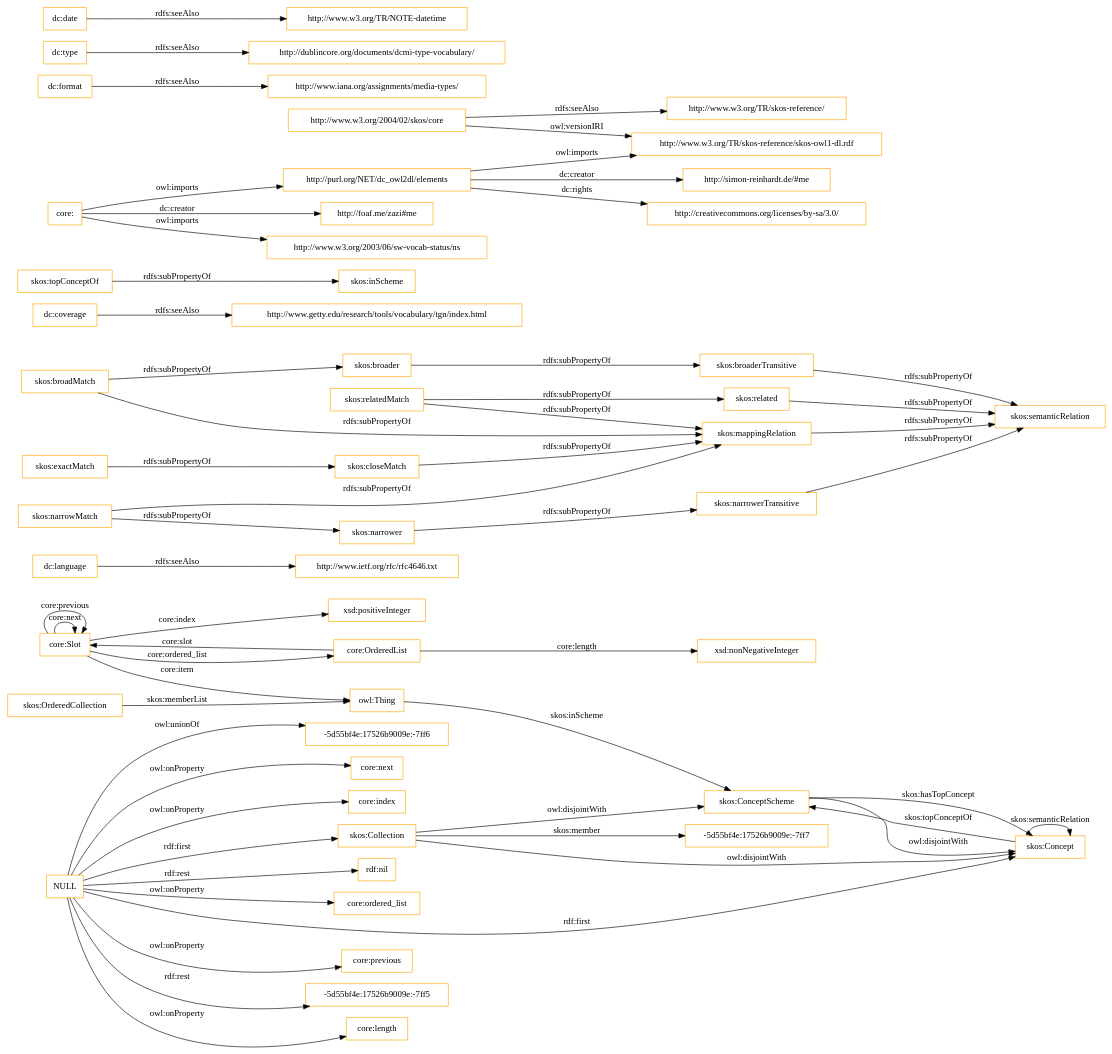
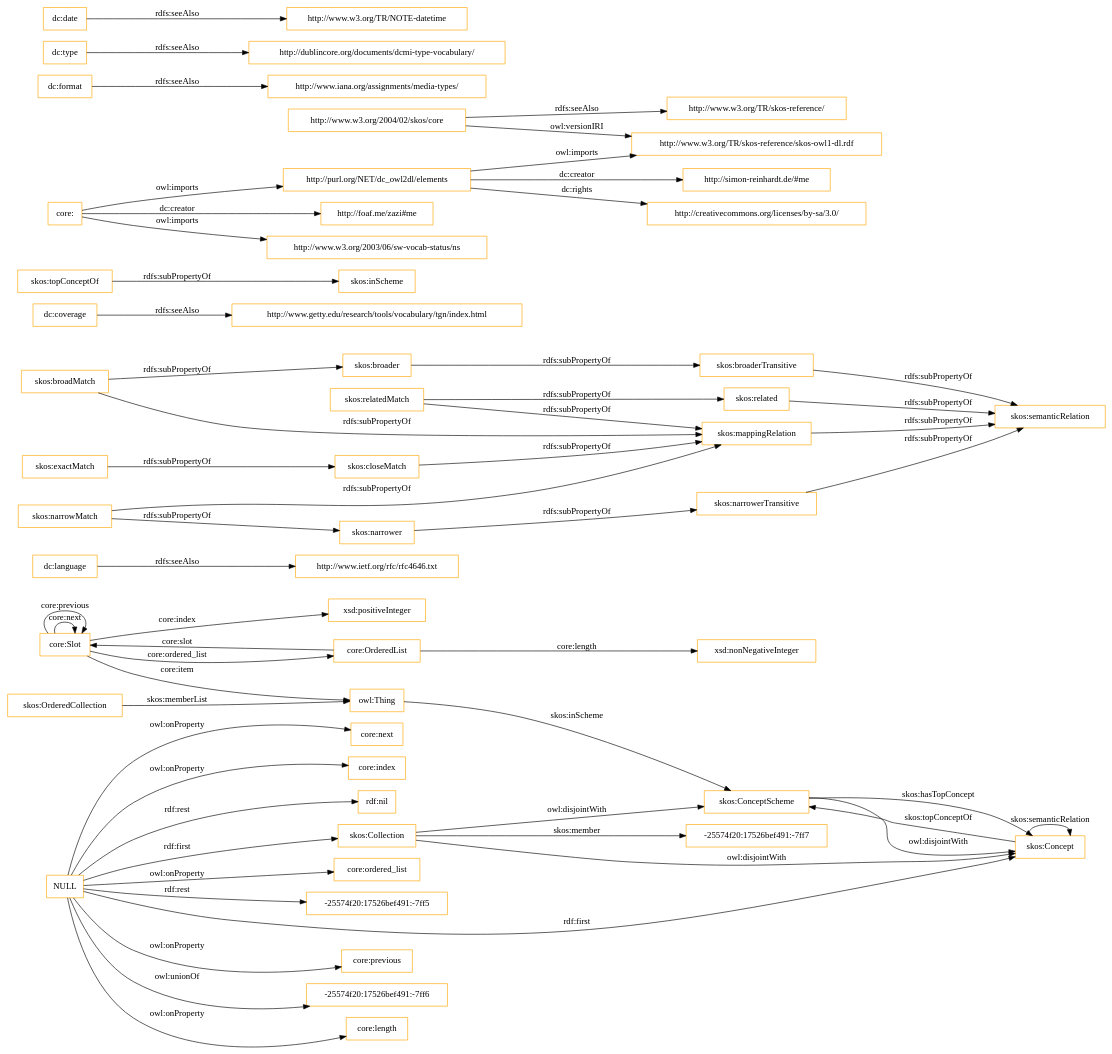
The diagram in OnToology/imports/core.owl/diagrams/ar2dtool-class/core.owl.png.dot (OnToologyUser/core-ontology-1), drawn with Graphviz before and after one commit. The commit also changed 14 other files, not shown here.

```diff
--- a/OnToology/imports/core.owl/diagrams/ar2dtool-class/core.owl.png.dot
+++ b/OnToology/imports/core.owl/diagrams/ar2dtool-class/core.owl.png.dot
@@ -1,60 +1,60 @@
 digraph ar2dtool_diagram { 
 rankdir=LR;
 size="1501"
-node [shape = rectangle, color="orange"]; "core:Slot" "core:OrderedList" "-5d55bf4e:17526b9009e:-7ff7" "skos:OrderedCollection" "skos:Collection" "skos:ConceptScheme" "skos:Concept" ; /*classes style*/
+node [shape = rectangle, color="orange"]; "core:Slot" "core:OrderedList" "-25574f20:17526bef491:-7ff7" "skos:OrderedCollection" "skos:Collection" "skos:ConceptScheme" "skos:Concept" ; /*classes style*/
 	"dc:language" -> "http://www.ietf.org/rfc/rfc4646.txt" [ label = "rdfs:seeAlso" ];
 	"NULL" -> "core:previous" [ label = "owl:onProperty" ];
-	"NULL" -> "-5d55bf4e:17526b9009e:-7ff5" [ label = "rdf:rest" ];
+	"NULL" -> "-25574f20:17526bef491:-7ff6" [ label = "owl:unionOf" ];
 	"NULL" -> "core:length" [ label = "owl:onProperty" ];
 	"NULL" -> "skos:Concept" [ label = "rdf:first" ];
-	"NULL" -> "-5d55bf4e:17526b9009e:-7ff6" [ label = "owl:unionOf" ];
 	"NULL" -> "core:next" [ label = "owl:onProperty" ];
 	"NULL" -> "core:index" [ label = "owl:onProperty" ];
 	"NULL" -> "rdf:nil" [ label = "rdf:rest" ];
 	"NULL" -> "core:ordered_list" [ label = "owl:onProperty" ];
+	"NULL" -> "-25574f20:17526bef491:-7ff5" [ label = "rdf:rest" ];
 	"NULL" -> "skos:Collection" [ label = "rdf:first" ];
 	"skos:closeMatch" -> "skos:mappingRelation" [ label = "rdfs:subPropertyOf" ];
 	"dc:coverage" -> "http://www.getty.edu/research/tools/vocabulary/tgn/index.html" [ label = "rdfs:seeAlso" ];
 	"skos:relatedMatch" -> "skos:related" [ label = "rdfs:subPropertyOf" ];
 	"skos:relatedMatch" -> "skos:mappingRelation" [ label = "rdfs:subPropertyOf" ];
 	"skos:ConceptScheme" -> "skos:Concept" [ label = "owl:disjointWith" ];
 	"skos:related" -> "skos:semanticRelation" [ label = "rdfs:subPropertyOf" ];
 	"skos:topConceptOf" -> "skos:inScheme" [ label = "rdfs:subPropertyOf" ];
 	"skos:broadMatch" -> "skos:broader" [ label = "rdfs:subPropertyOf" ];
 	"skos:broadMatch" -> "skos:mappingRelation" [ label = "rdfs:subPropertyOf" ];
 	"http://purl.org/NET/dc_owl2dl/elements" -> "http://www.w3.org/TR/skos-reference/skos-owl1-dl.rdf" [ label = "owl:imports" ];
 	"http://purl.org/NET/dc_owl2dl/elements" -> "http://creativecommons.org/licenses/by-sa/3.0/" [ label = "dc:rights" ];
 	"http://purl.org/NET/dc_owl2dl/elements" -> "http://simon-reinhardt.de/#me" [ label = "dc:creator" ];
 	"skos:exactMatch" -> "skos:closeMatch" [ label = "rdfs:subPropertyOf" ];
 	"dc:format" -> "http://www.iana.org/assignments/media-types/" [ label = "rdfs:seeAlso" ];
 	"core:" -> "http://foaf.me/zazi#me" [ label = "dc:creator" ];
 	"core:" -> "http://www.w3.org/2003/06/sw-vocab-status/ns" [ label = "owl:imports" ];
 	"core:" -> "http://purl.org/NET/dc_owl2dl/elements" [ label = "owl:imports" ];
 	"skos:broaderTransitive" -> "skos:semanticRelation" [ label = "rdfs:subPropertyOf" ];
 	"skos:mappingRelation" -> "skos:semanticRelation" [ label = "rdfs:subPropertyOf" ];
 	"skos:broader" -> "skos:broaderTransitive" [ label = "rdfs:subPropertyOf" ];
 	"dc:type" -> "http://dublincore.org/documents/dcmi-type-vocabulary/" [ label = "rdfs:seeAlso" ];
 	"http://www.w3.org/2004/02/skos/core" -> "http://www.w3.org/TR/skos-reference/skos-owl1-dl.rdf" [ label = "owl:versionIRI" ];
 	"http://www.w3.org/2004/02/skos/core" -> "http://www.w3.org/TR/skos-reference/" [ label = "rdfs:seeAlso" ];
 	"skos:Collection" -> "skos:ConceptScheme" [ label = "owl:disjointWith" ];
 	"skos:Collection" -> "skos:Concept" [ label = "owl:disjointWith" ];
 	"skos:narrowMatch" -> "skos:narrower" [ label = "rdfs:subPropertyOf" ];
 	"skos:narrowMatch" -> "skos:mappingRelation" [ label = "rdfs:subPropertyOf" ];
 	"skos:narrower" -> "skos:narrowerTransitive" [ label = "rdfs:subPropertyOf" ];
 	"dc:date" -> "http://www.w3.org/TR/NOTE-datetime" [ label = "rdfs:seeAlso" ];
 	"skos:narrowerTransitive" -> "skos:semanticRelation" [ label = "rdfs:subPropertyOf" ];
 	"core:Slot" -> "xsd:positiveInteger" [ label = "core:index" ];
 	"skos:Concept" -> "skos:ConceptScheme" [ label = "skos:topConceptOf" ];
 	"core:Slot" -> "owl:Thing" [ label = "core:item" ];
 	"core:OrderedList" -> "xsd:nonNegativeInteger" [ label = "core:length" ];
 	"core:OrderedList" -> "core:Slot" [ label = "core:slot" ];
-	"skos:Collection" -> "-5d55bf4e:17526b9009e:-7ff7" [ label = "skos:member" ];
+	"skos:Collection" -> "-25574f20:17526bef491:-7ff7" [ label = "skos:member" ];
 	"core:Slot" -> "core:Slot" [ label = "core:next" ];
 	"skos:ConceptScheme" -> "skos:Concept" [ label = "skos:hasTopConcept" ];
 	"owl:Thing" -> "skos:ConceptScheme" [ label = "skos:inScheme" ];
 	"core:Slot" -> "core:Slot" [ label = "core:previous" ];
 	"skos:OrderedCollection" -> "owl:Thing" [ label = "skos:memberList" ];
 	"skos:Concept" -> "skos:Concept" [ label = "skos:semanticRelation" ];
 	"core:Slot" -> "core:OrderedList" [ label = "core:ordered_list" ];
 
 }
```
